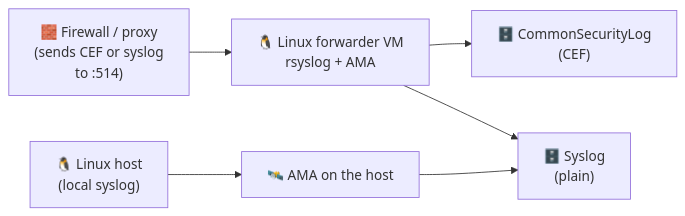
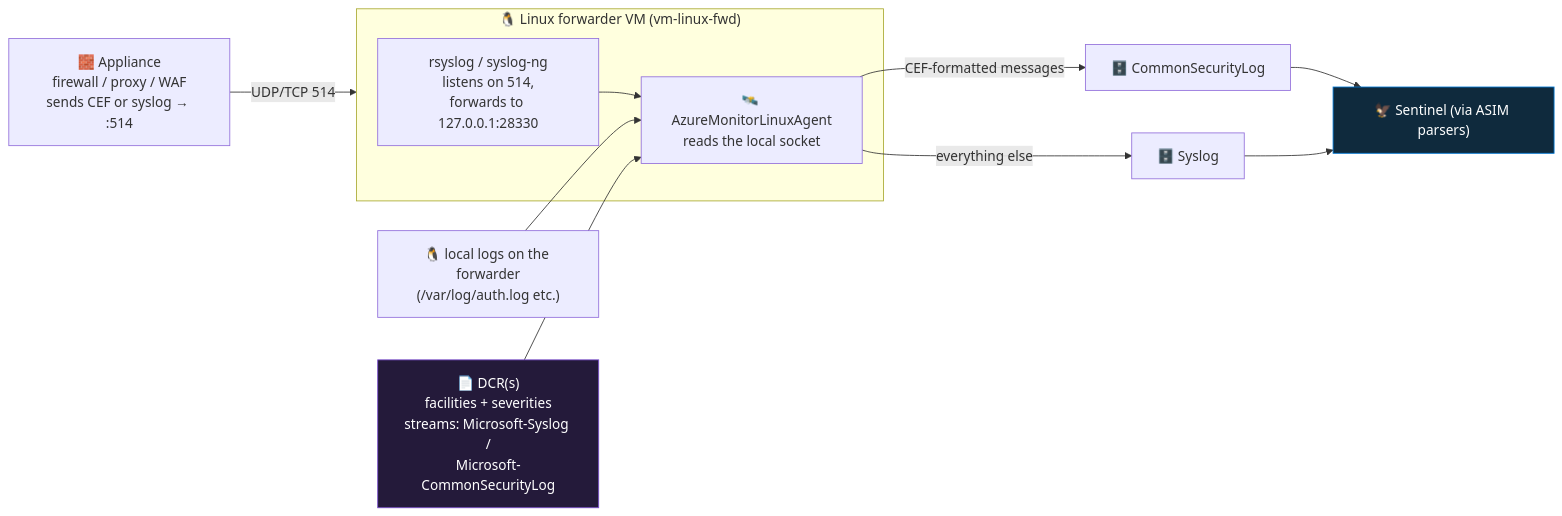
The diagram in 12-linux-syslog-cef-ama/README.md (Tarun2000AD/microsoft-sentinel-live-learning), drawn with Mermaid before and after one commit. The commit also changed other lines of this file, not shown here.

First line of the commit message:
Deepen step 12 (Linux syslog/CEF via AMA): forwarder architecture, CEF vs Syslog routing, loss and cost failure modes

````diff
--- a/12-linux-syslog-cef-ama/README.md
+++ b/12-linux-syslog-cef-ama/README.md
@@ -34,8 +58,17 @@
 ```mermaid
 flowchart LR
-    APP["🧱 Firewall / proxy<br/>(sends CEF or syslog<br/>to :514)"] --> FWD["🐧 Linux forwarder VM<br/>rsyslog + AMA"]
-    HOST["🐧 Linux host<br/>(local syslog)"] --> FWD2["🛰️ AMA on the host"]
-    FWD --> CSL["🗄️ CommonSecurityLog<br/>(CEF)"]
-    FWD --> SL["🗄️ Syslog<br/>(plain)"]
-    FWD2 --> SL
+    APP["🧱 Appliance<br/>firewall / proxy / WAF<br/>sends CEF or syslog → :514"] -->|UDP/TCP 514| FWD
+    subgraph FWD["🐧 Linux forwarder VM (vm-linux-fwd)"]
+      RSL["rsyslog / syslog-ng<br/>listens on 514,<br/>forwards to 127.0.0.1:28330"]
+      AMA["🛰️ AzureMonitorLinuxAgent<br/>reads the local socket"]
+      RSL --> AMA
+    end
+    LOCAL["🐧 local logs on the forwarder<br/>(/var/log/auth.log etc.)"] --> AMA
+    DCR["📄 DCR(s)<br/>facilities + severities<br/>streams: Microsoft-Syslog /<br/>Microsoft-CommonSecurityLog"] --> AMA
+    AMA -->|CEF-formatted messages| CSL["🗄️ CommonSecurityLog"]
+    AMA -->|everything else| SL["🗄️ Syslog"]
+    CSL --> SEN["🦅 Sentinel (via ASIM parsers)"]
+    SL --> SEN
+    style DCR fill:#241a3a,stroke:#7b4fd0,color:#fff
+    style SEN fill:#0f2a3d,stroke:#0078D4,color:#fff
 ```
````
